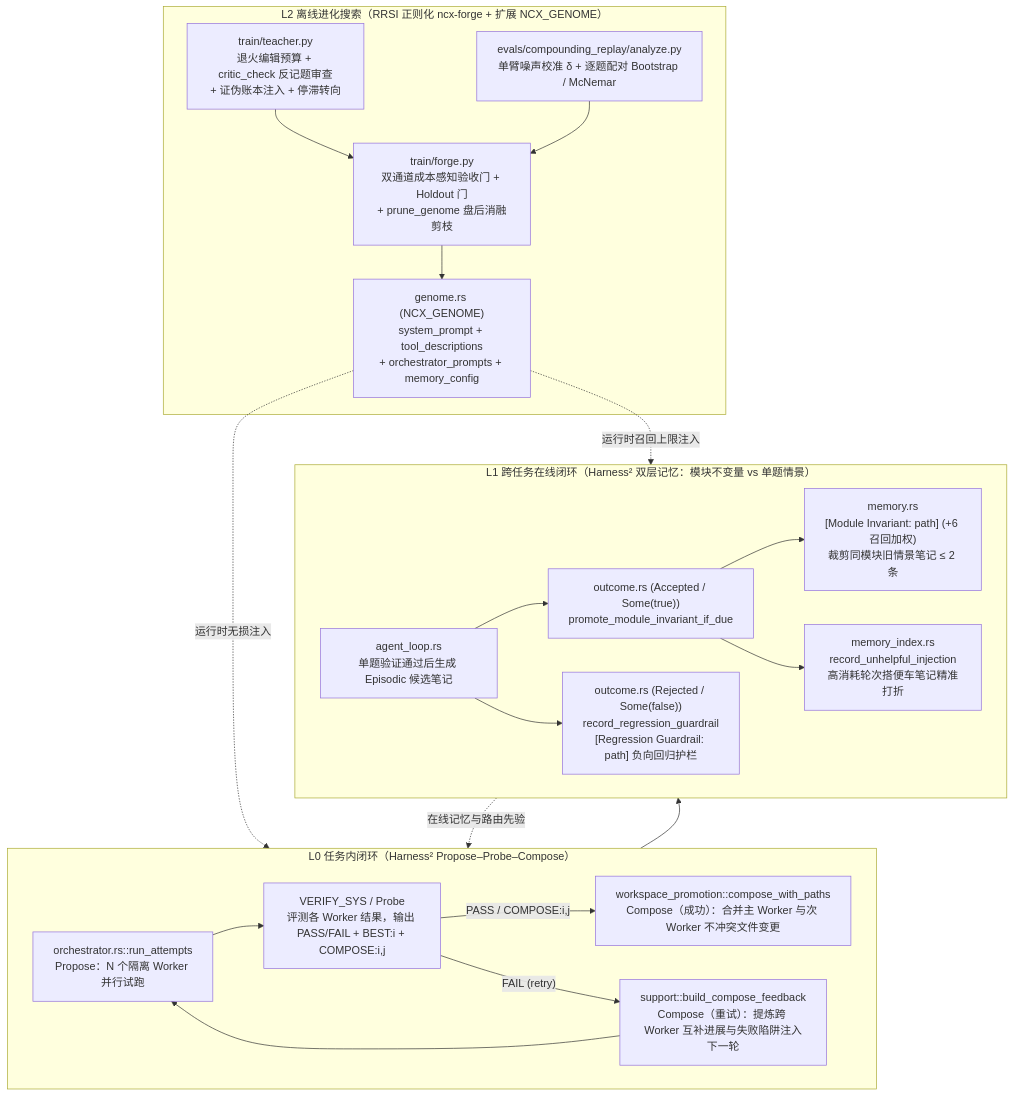
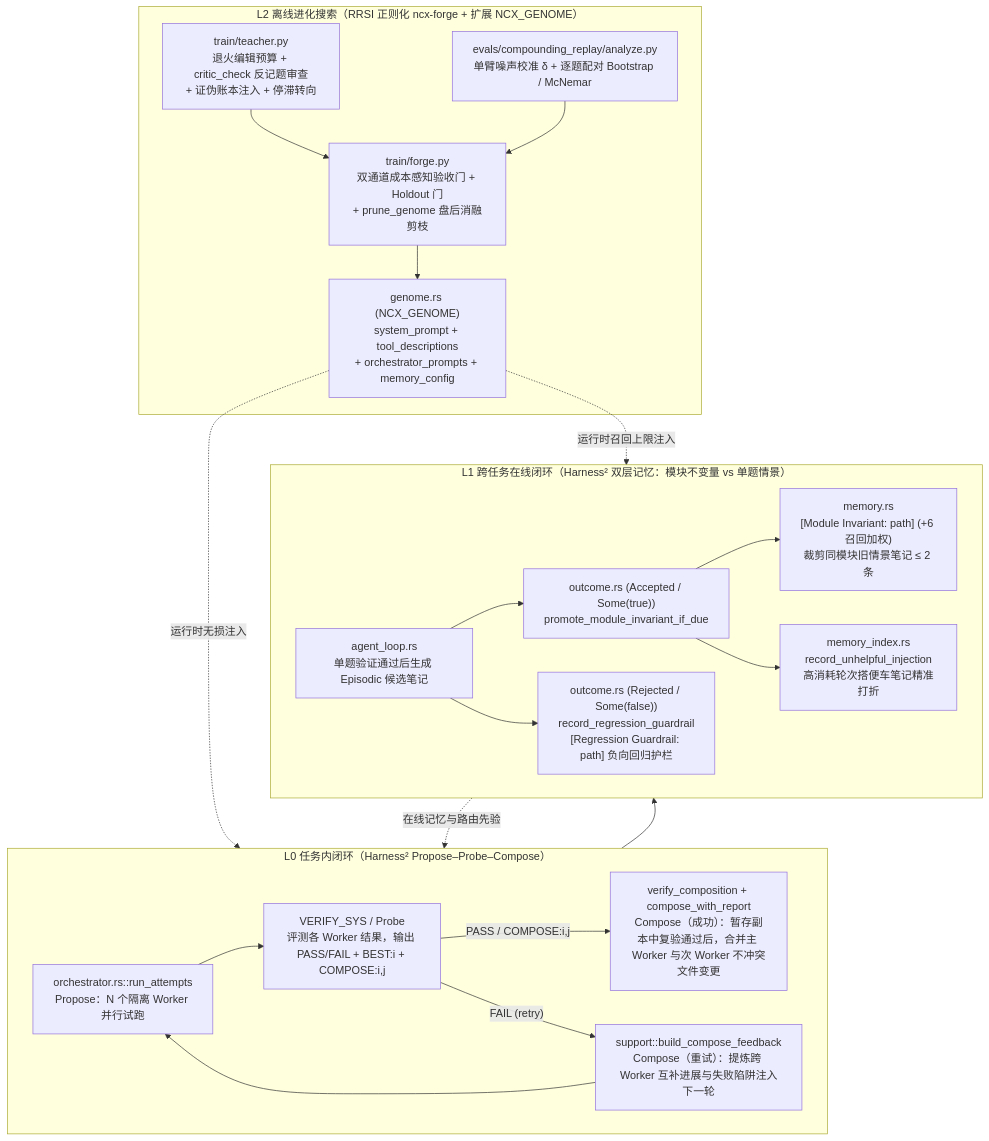
The diagram in docs/self-evolving-harness-rrsi-harness2.zh-CN.md (dgy-github/BugleCat), drawn with Mermaid before and after one commit. The commit also changed other lines of this file and 2 other files, not shown here.

````diff
--- a/docs/self-evolving-harness-rrsi-harness2.zh-CN.md
+++ b/docs/self-evolving-harness-rrsi-harness2.zh-CN.md
@@ -10,38 +10,38 @@
 ```mermaid
 flowchart TD
     subgraph L0["L0 任务内闭环（Harness² Propose–Probe–Compose）"]
         A1["orchestrator.rs::run_attempts<br/>Propose：N 个隔离 Worker 并行试跑"]
         A2["VERIFY_SYS / Probe<br/>评测各 Worker 结果，输出 PASS/FAIL + BEST:i + COMPOSE:i,j"]
-        A3["workspace_promotion::compose_with_paths<br/>Compose（成功）：合并主 Worker 与次 Worker 不冲突文件变更"]
+        A3["verify_composition + compose_with_report<br/>Compose（成功）：暂存副本中复验通过后，合并主 Worker 与次 Worker 不冲突文件变更"]
         A4["support::build_compose_feedback<br/>Compose（重试）：提炼跨 Worker 互补进展与失败陷阱注入下一轮"]
         A1 --> A2
         A2 -- "PASS / COMPOSE:i,j" --> A3
         A2 -- "FAIL (retry)" --> A4
         A4 --> A1
     end
 
     subgraph L1["L1 跨任务在线闭环（Harness² 双层记忆：模块不变量 vs 单题情景）"]
         B1["agent_loop.rs<br/>单题验证通过后生成 Episodic 候选笔记"]
         B2["outcome.rs (Accepted / Some(true))<br/>promote_module_invariant_if_due"]
         B3["memory.rs<br/>[Module Invariant: path] (+6 召回加权)<br/>裁剪同模块旧情景笔记 ≤ 2 条"]
         B4["outcome.rs (Rejected / Some(false))<br/>record_regression_guardrail<br/>[Regression Guardrail: path] 负向回归护栏"]
         B5["memory_index.rs<br/>record_unhelpful_injection<br/>高消耗轮次搭便车笔记精准打折"]
         B1 --> B2 --> B3
         B1 --> B4
         B2 --> B5
     end
 
     subgraph L2["L2 离线进化搜索（RRSI 正则化 ncx-forge + 扩展 NCX_GENOME）"]
         C1["genome.rs (NCX_GENOME)<br/>system_prompt + tool_descriptions<br/>+ orchestrator_prompts + memory_config"]
         C2["train/teacher.py<br/>退火编辑预算 + critic_check 反记题审查<br/>+ 证伪账本注入 + 停滞转向"]
         C3["train/forge.py<br/>双通道成本感知验收门 + Holdout 门<br/>+ prune_genome 盘后消融剪枝"]
         C4["evals/compounding_replay/analyze.py<br/>单臂噪声校准 δ + 逐题配对 Bootstrap / McNemar"]
         C2 --> C3 --> C1
         C4 --> C3
     end
 
     L0 --> L1
     L1 -. "在线记忆与路由先验" .-> L0
     C1 -. "运行时无损注入" .-> L0
     C1 -. "运行时召回上限注入" .-> L1
 ```
````
